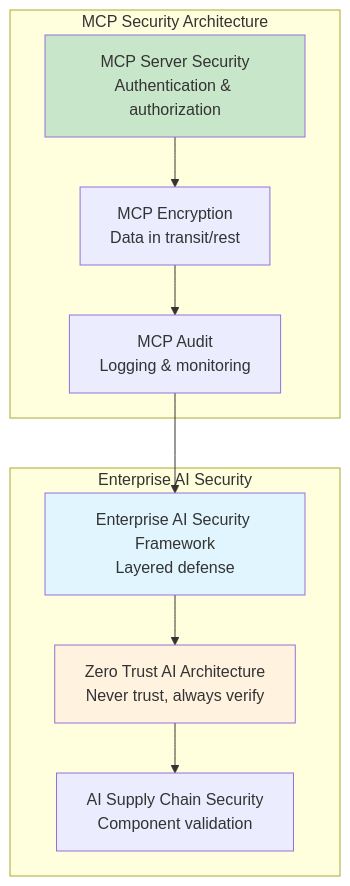
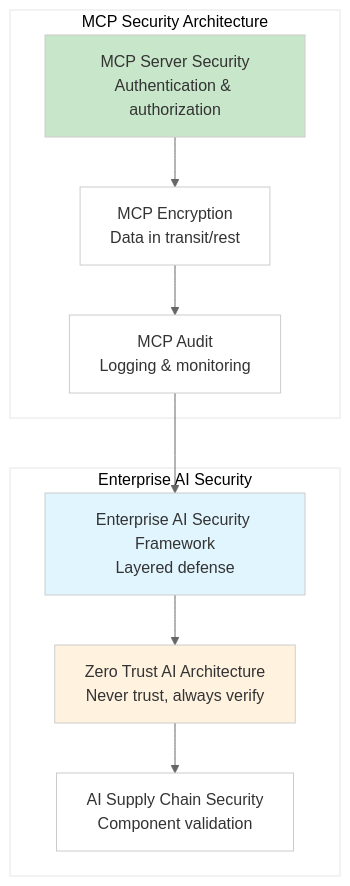
One commit to kishorekkota/kishorekkota.github.io changed diagram 17 of 28 in llm_ai/ai_concepts_visualizations.md. Above: the diagram before and after it, drawn with Mermaid. The commit also changed other lines of this file and 5 other files, not shown here.

First line of the commit message:
Enhance Mermaid diagrams and fix syntax errors

````diff
--- a/llm_ai/ai_concepts_visualizations.md
+++ b/llm_ai/ai_concepts_visualizations.md
@@ -619,24 +773,26 @@
 ```mermaid
+%%{init: {'theme':'base', 'themeVariables': { 'primaryColor': '#ffffff', 'primaryTextColor': '#333333', 'primaryBorderColor': '#cccccc', 'lineColor': '#666666'}}}%%
 graph TB
     subgraph "MCP Security Architecture"
         MCPSA[MCP Server Security<br/>Authentication & authorization]
         MCPENC[MCP Encryption<br/>Data in transit/rest]
         MCPAUD[MCP Audit<br/>Logging & monitoring]
     end
     
     subgraph "Enterprise AI Security"
         EASF[Enterprise AI Security Framework<br/>Layered defense]
         ZTAI[Zero Trust AI Architecture<br/>Never trust, always verify]
         AISCS[AI Supply Chain Security<br/>Component validation]
     end
     
     MCPSA --> MCPENC
     MCPENC --> MCPAUD
     MCPAUD --> EASF
     EASF --> ZTAI
     ZTAI --> AISCS
     
     style MCPSA fill:#c8e6c9
     style EASF fill:#e1f5fe
     style ZTAI fill:#fff3e0
+
 ```
````
